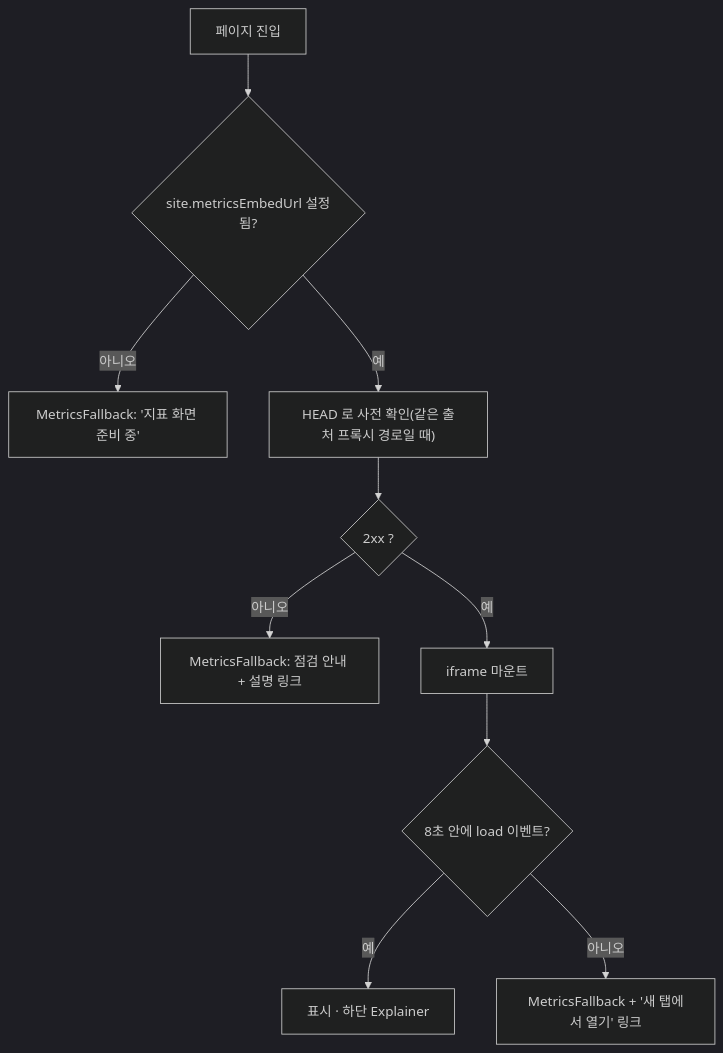
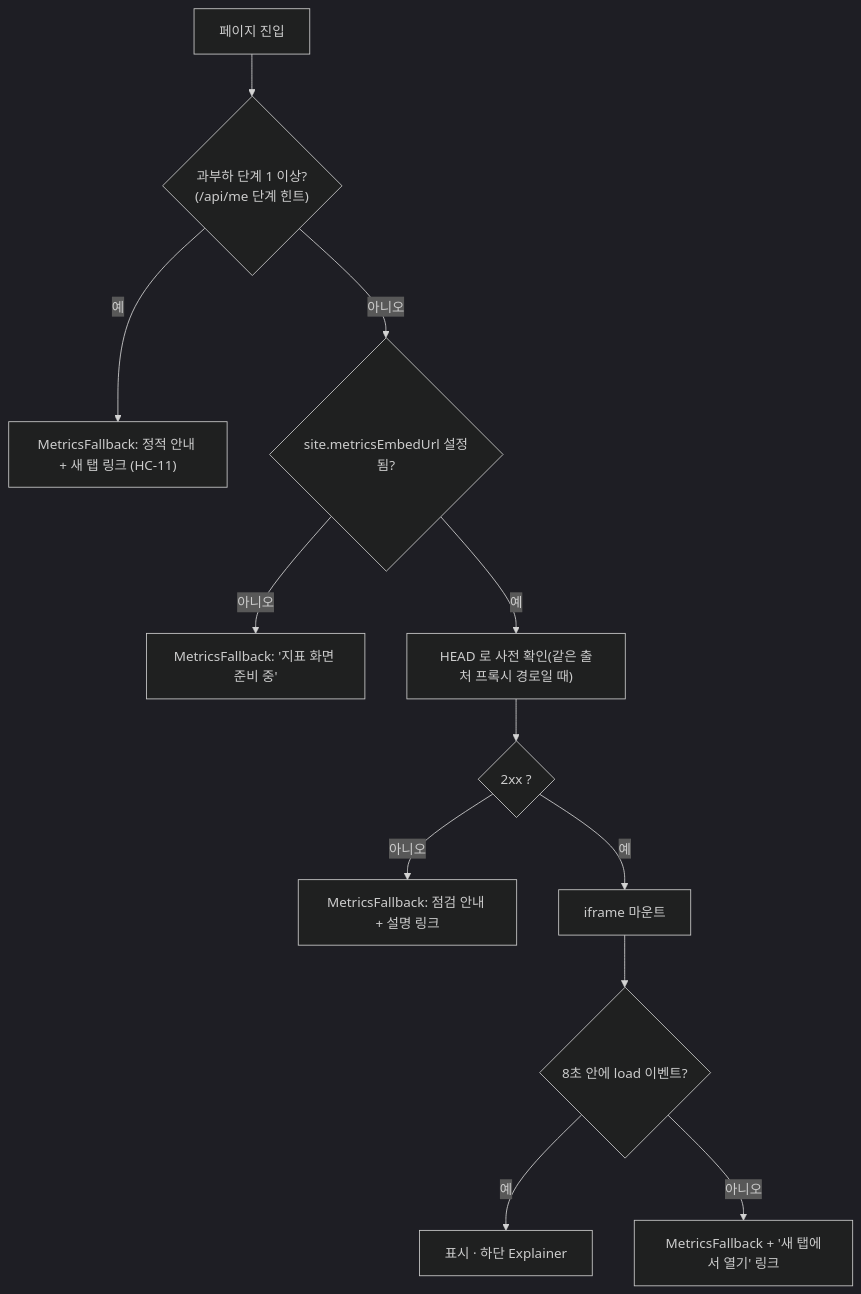
One commit to 1985jwlee/portpolio_backend changed diagram 27 of 43 in docs/design/features/15-web.md. Above: the diagram before and after it, drawn with Mermaid (dark theme). The commit also changed other lines of this file and 23 other files, not shown here.

````diff
--- a/docs/design/features/15-web.md
+++ b/docs/design/features/15-web.md
@@ -1047,12 +1047,14 @@
 ```mermaid
 flowchart TD
-    M["페이지 진입"] --> CFG{"site.metricsEmbedUrl 설정됨?"}
+    M["페이지 진입"] --> LV{"과부하 단계 1 이상?<br/>(/api/me 단계 힌트)"}
+    LV -- "예" --> FB0["MetricsFallback: 정적 안내 + 새 탭 링크 (HC-11)"]
+    LV -- "아니오" --> CFG{"site.metricsEmbedUrl 설정됨?"}
     CFG -- "아니오" --> FB1["MetricsFallback: '지표 화면 준비 중'"]
     CFG -- "예" --> PRB["HEAD 로 사전 확인(같은 출처 프록시 경로일 때)"]
     PRB --> OK{"2xx ?"}
     OK -- "아니오" --> FB2["MetricsFallback: 점검 안내 + 설명 링크"]
     OK -- "예" --> MNT["iframe 마운트"]
     MNT --> T{"8초 안에 load 이벤트?"}
     T -- "예" --> SHOW["표시 · 하단 Explainer"]
     T -- "아니오" --> FB3["MetricsFallback + '새 탭에서 열기' 링크"]
 ```
````
